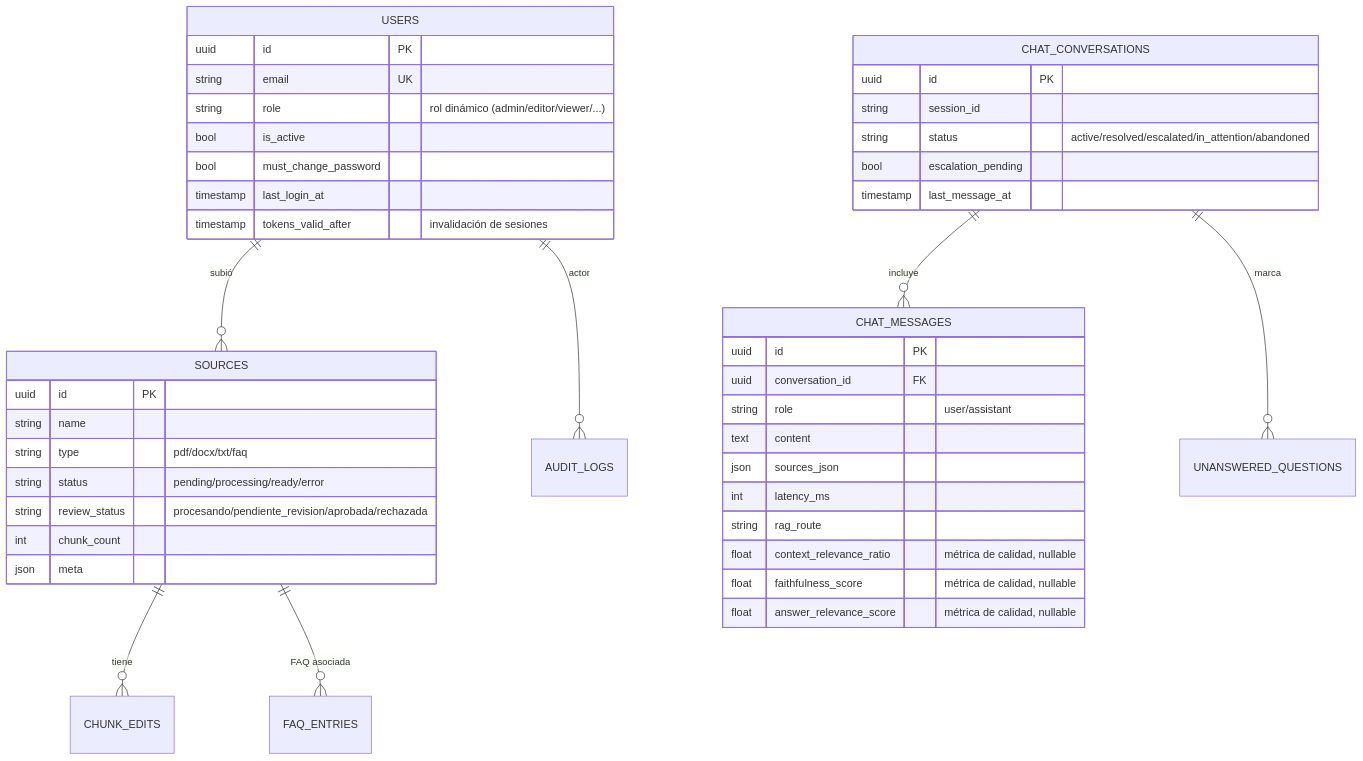
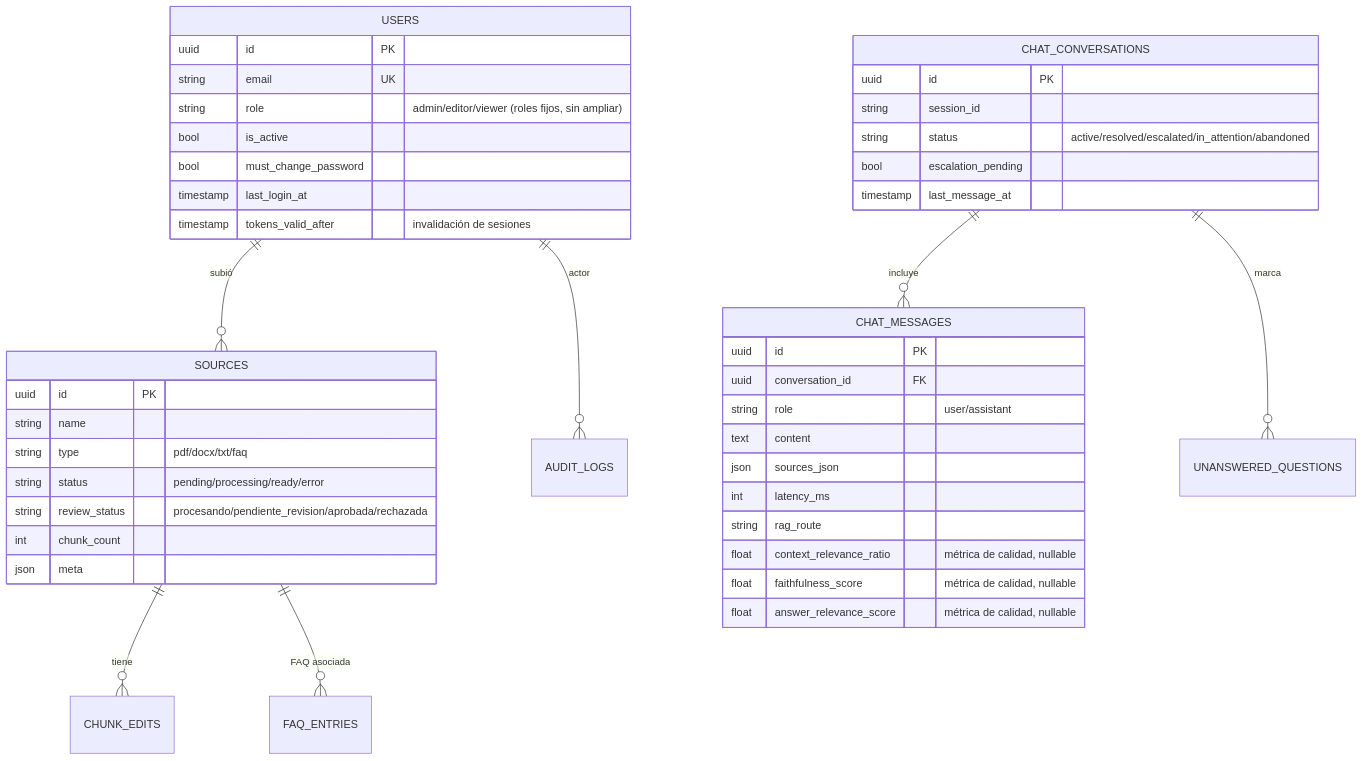
Before and after one commit to AdoDeveloper/chatbot-uso: the fifth of 6 diagrams in docs/ARCHITECTURE.md, drawn with Mermaid. The commit also changed other lines of this file and 2 other files, not shown here.

Commit message:
Corregir documentacion desactualizada y agregar el widget al manual de usuario
API.md listaba dos rutas de modelos de proveedores que no existen y
ARCHITECTURE.md describia un RBAC dinamico cuando los roles son fijos en
codigo. El manual de usuario no cubria el widget publico.

````diff
--- a/docs/ARCHITECTURE.md
+++ b/docs/ARCHITECTURE.md
@@ -226,53 +226,53 @@
 ```mermaid
 erDiagram
     USERS ||--o{ SOURCES : "subió"
     USERS ||--o{ AUDIT_LOGS : "actor"
 
     SOURCES ||--o{ CHUNK_EDITS : "tiene"
     SOURCES ||--o{ FAQ_ENTRIES : "FAQ asociada"
 
     CHAT_CONVERSATIONS ||--o{ CHAT_MESSAGES : "incluye"
     CHAT_CONVERSATIONS ||--o{ UNANSWERED_QUESTIONS : "marca"
 
     USERS {
         uuid id PK
         string email UK
-        string role "rol dinámico (admin/editor/viewer/...)"
+        string role "admin/editor/viewer (roles fijos, sin ampliar)"
         bool is_active
         bool must_change_password
         timestamp last_login_at
         timestamp tokens_valid_after "invalidación de sesiones"
     }
 
     SOURCES {
         uuid id PK
         string name
         string type "pdf/docx/txt/faq"
         string status "pending/processing/ready/error"
         string review_status "procesando/pendiente_revision/aprobada/rechazada"
         int chunk_count
         json meta
     }
 
     CHAT_CONVERSATIONS {
         uuid id PK
         string session_id
         string status "active/resolved/escalated/in_attention/abandoned"
         bool escalation_pending
         timestamp last_message_at
     }
 
     CHAT_MESSAGES {
         uuid id PK
         uuid conversation_id FK
         string role "user/assistant"
         text content
         json sources_json
         int latency_ms
         string rag_route
         float context_relevance_ratio "métrica de calidad, nullable"
         float faithfulness_score "métrica de calidad, nullable"
         float answer_relevance_score "métrica de calidad, nullable"
     }
 
 ```
````
